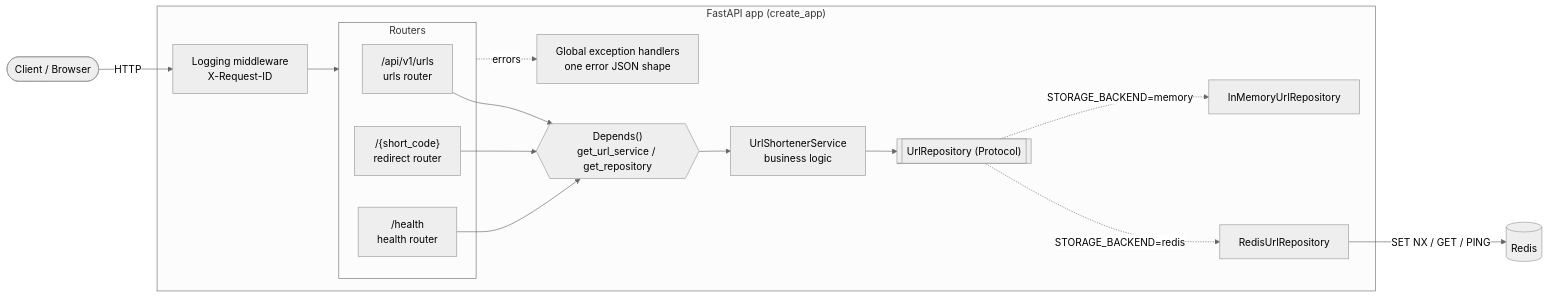
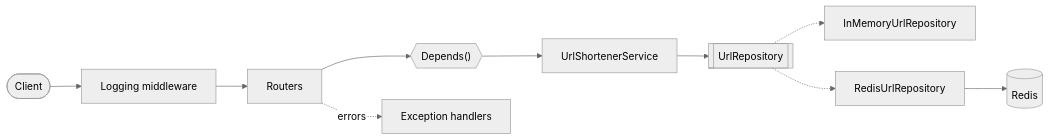
One commit to Aline-CROIRE/url-shortener-fastapi changed the diagram in README.md. Above: the diagram before and after it, drawn with Mermaid (neutral theme). The commit also changed other lines of this file and 7 other files, not shown here.

````diff
--- a/README.md
+++ b/README.md
@@ -324,31 +119,12 @@
 ```mermaid
 flowchart LR
-    Client(["Client / Browser"])
-
-    subgraph FastAPI["FastAPI app (create_app)"]
-        MW["Logging middleware<br/>X-Request-ID"]
-        EH["Global exception handlers<br/>one error JSON shape"]
-        subgraph Routers
-            R1["/api/v1/urls<br/>urls router"]
-            R2["/{short_code}<br/>redirect router"]
-            R3["/health<br/>health router"]
-        end
-        DI{{"Depends()<br/>get_url_service / get_repository"}}
-        SVC["UrlShortenerService<br/>business logic"]
-        REPO[["UrlRepository (Protocol)"]]
-        MEM[InMemoryUrlRepository]
-        RED[RedisUrlRepository]
-    end
-
-    Redis[(Redis)]
-
-    Client -->|HTTP| MW --> Routers
-    R1 --> DI
-    R2 --> DI
-    R3 --> DI
-    DI --> SVC --> REPO
-    REPO -. "STORAGE_BACKEND=memory" .-> MEM
-    REPO -. "STORAGE_BACKEND=redis" .-> RED
-    RED -->|"SET NX / GET / PING"| Redis
-    Routers -. errors .-> EH
+    Client(["Client"]) --> MW["Logging middleware"]
+    MW --> R["Routers"]
+    R --> DI{{"Depends()"}}
+    DI --> SVC["UrlShortenerService"]
+    SVC --> REPO[["UrlRepository"]]
+    REPO -.-> MEM["InMemoryUrlRepository"]
+    REPO -.-> RED["RedisUrlRepository"]
+    RED --> Redis[(Redis)]
+    R -. errors .-> EH["Exception handlers"]
 ```
````
